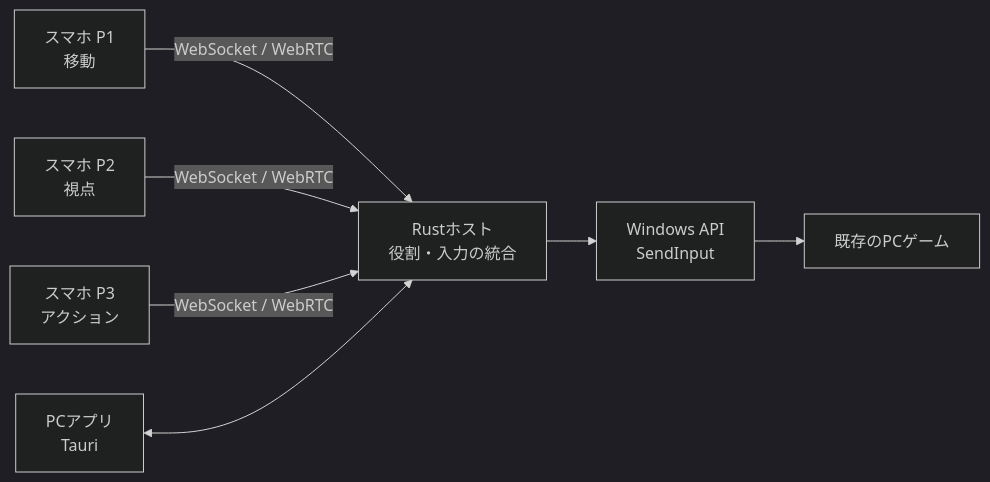
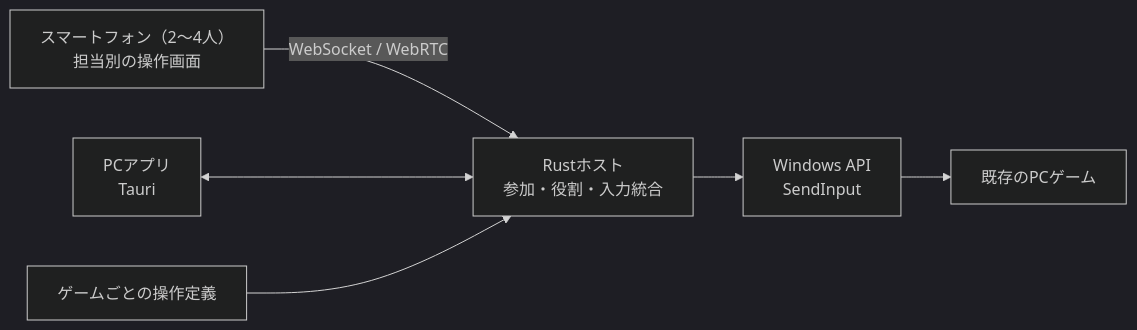
One commit to jphacks/kz_2613 changed the diagram in README.md. Above: the diagram before and after it, drawn with Mermaid (dark theme). The commit also changed other lines of this file, not shown here.

````diff
--- a/README.md
+++ b/README.md
@@ -196,9 +226,8 @@
 ```mermaid
 flowchart LR
-    P1["スマホ P1<br/>移動"] -->|"WebSocket / WebRTC"| H
-    P2["スマホ P2<br/>視点"] -->|"WebSocket / WebRTC"| H
-    P3["スマホ P3<br/>アクション"] -->|"WebSocket / WebRTC"| H
-    D["PCアプリ<br/>Tauri"] <--> H["Rustホスト<br/>役割・入力の統合"]
+    P["スマートフォン（2〜4人）<br/>担当別の操作画面"] -->|"WebSocket / WebRTC"| H["Rustホスト<br/>参加・役割・入力統合"]
+    D["PCアプリ<br/>Tauri"] <--> H
+    C["ゲームごとの操作定義"] --> H
     H --> I["Windows API<br/>SendInput"]
     I --> G["既存のPCゲーム"]
 ```
````
